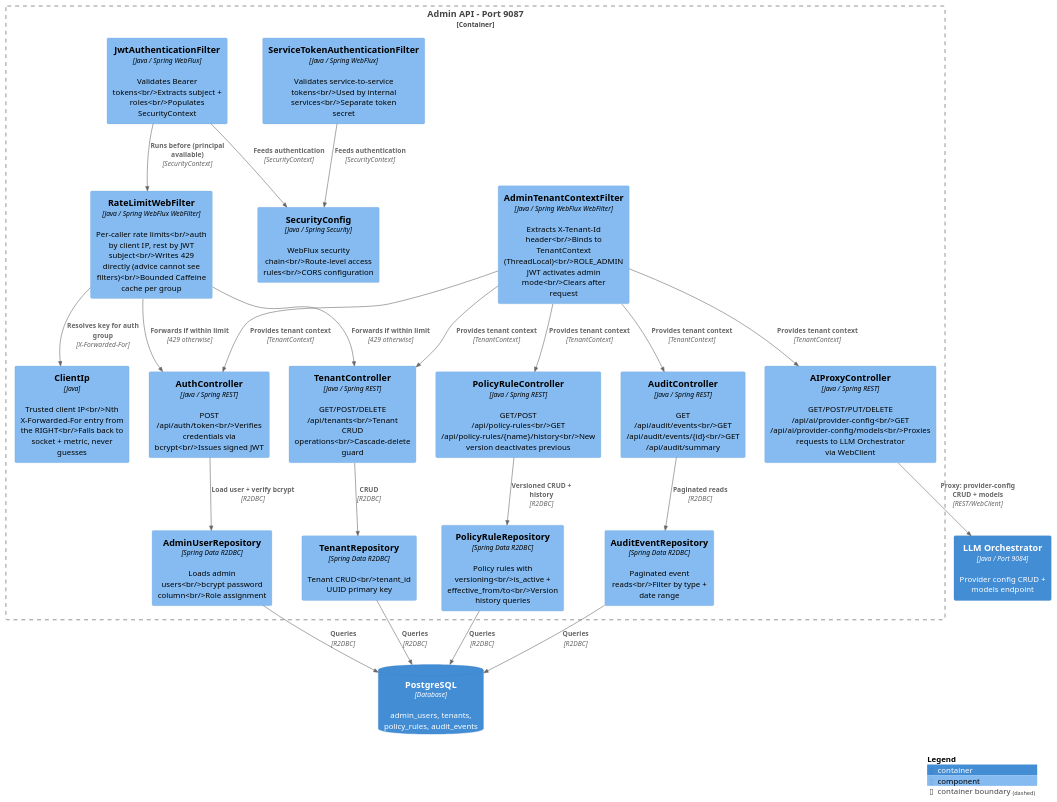
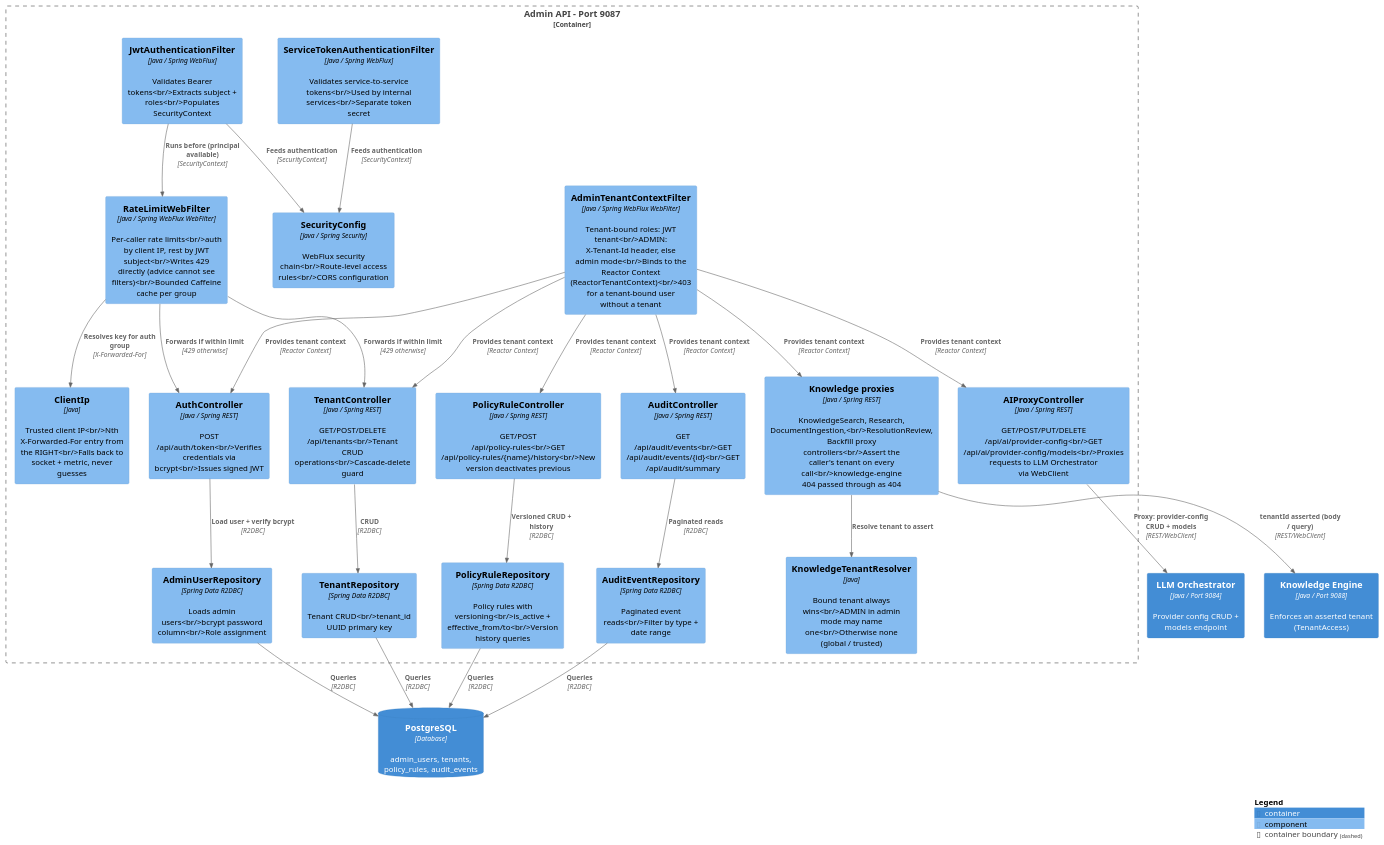
One commit to theyellow/ecip changed the diagram in documentation/diagrams/c3-admin-api.puml. Above: the diagram before and after it, drawn with PlantUML. The commit also changed 7 other files, not shown here.

```diff
--- a/documentation/diagrams/c3-admin-api.puml
+++ b/documentation/diagrams/c3-admin-api.puml
@@ -1,75 +1,84 @@
 @startuml C3_Admin_API
 !include https://raw.githubusercontent.com/plantuml-stdlib/C4-PlantUML/master/C4_Component.puml
 
 ' Purpose: Component-level view of Admin API — auth, tenant, policy rule, audit controllers
 ' Used in: architecture-guide.adoc - Component Details section
 
 LAYOUT_WITH_LEGEND()
 
 Container_Boundary(admin_api, "Admin API - Port 9087") {
 
     ' Security Layer
     Component(jwt_filter, "JwtAuthenticationFilter", "Java / Spring WebFlux", "Validates Bearer tokens<br/>Extracts subject + roles<br/>Populates SecurityContext")
 
     Component(svc_token_filter, "ServiceTokenAuthenticationFilter", "Java / Spring WebFlux", "Validates service-to-service tokens<br/>Used by internal services<br/>Separate token secret")
 
     Component(security_config, "SecurityConfig", "Java / Spring Security", "WebFlux security chain<br/>Route-level access rules<br/>CORS configuration")
 
-    Component(tenant_filter, "AdminTenantContextFilter", "Java / Spring WebFlux WebFilter", "Extracts X-Tenant-Id header<br/>Binds to TenantContext (ThreadLocal)<br/>ROLE_ADMIN JWT activates admin mode<br/>Clears after request")
+    Component(tenant_filter, "AdminTenantContextFilter", "Java / Spring WebFlux WebFilter", "Tenant-bound roles: JWT tenant<br/>ADMIN: X-Tenant-Id header, else admin mode<br/>Binds to the Reactor Context (ReactorTenantContext)<br/>403 for a tenant-bound user without a tenant")
 
     Component(rate_limit_filter, "RateLimitWebFilter", "Java / Spring WebFlux WebFilter", "Per-caller rate limits<br/>auth by client IP, rest by JWT subject<br/>Writes 429 directly (advice cannot see filters)<br/>Bounded Caffeine cache per group")
 
     Component(client_ip, "ClientIp", "Java", "Trusted client IP<br/>Nth X-Forwarded-For entry from the RIGHT<br/>Falls back to socket + metric, never guesses")
 
     ' Controllers
     Component(auth_ctrl, "AuthController", "Java / Spring REST", "POST /api/auth/token<br/>Verifies credentials via bcrypt<br/>Issues signed JWT")
 
     Component(tenant_ctrl, "TenantController", "Java / Spring REST", "GET/POST/DELETE /api/tenants<br/>Tenant CRUD operations<br/>Cascade-delete guard")
 
     Component(policy_ctrl, "PolicyRuleController", "Java / Spring REST", "GET/POST /api/policy-rules<br/>GET /api/policy-rules/{name}/history<br/>New version deactivates previous")
 
     Component(audit_ctrl, "AuditController", "Java / Spring REST", "GET /api/audit/events<br/>GET /api/audit/events/{id}<br/>GET /api/audit/summary")
 
     Component(ai_proxy_ctrl, "AIProxyController", "Java / Spring REST", "GET/POST/PUT/DELETE /api/ai/provider-config<br/>GET /api/ai/provider-config/models<br/>Proxies requests to LLM Orchestrator via WebClient")
 
+    ' Knowledge proxies (KNOW-F1 / ADR-009)
+    Component(knowledge_proxies, "Knowledge proxies", "Java / Spring REST", "KnowledgeSearch, Research, DocumentIngestion,<br/>ResolutionReview, Backfill proxy controllers<br/>Assert the caller's tenant on every call<br/>knowledge-engine 404 passed through as 404")
+
+    Component(tenant_resolver, "KnowledgeTenantResolver", "Java", "Bound tenant always wins<br/>ADMIN in admin mode may name one<br/>Otherwise none (global / trusted)")
+
     ' Repositories (R2DBC)
     Component(admin_user_repo, "AdminUserRepository", "Spring Data R2DBC", "Loads admin users<br/>bcrypt password column<br/>Role assignment")
 
     Component(tenant_repo, "TenantRepository", "Spring Data R2DBC", "Tenant CRUD<br/>tenant_id UUID primary key")
 
     Component(policy_repo, "PolicyRuleRepository", "Spring Data R2DBC", "Policy rules with versioning<br/>is_active + effective_from/to<br/>Version history queries")
 
     Component(audit_repo, "AuditEventRepository", "Spring Data R2DBC", "Paginated event reads<br/>Filter by type + date range")
 }
 
 ContainerDb(postgres, "PostgreSQL", "Database", "admin_users, tenants, policy_rules, audit_events")
 Container(llm_orchestrator, "LLM Orchestrator", "Java / Port 9084", "Provider config CRUD + models endpoint")
+Container(knowledge_engine, "Knowledge Engine", "Java / Port 9088", "Enforces an asserted tenant (TenantAccess)")
 
 ' Request path
 Rel(jwt_filter, security_config, "Feeds authentication", "SecurityContext")
 Rel(svc_token_filter, security_config, "Feeds authentication", "SecurityContext")
 Rel(jwt_filter, rate_limit_filter, "Runs before (principal available)", "SecurityContext")
 Rel(rate_limit_filter, client_ip, "Resolves key for auth group", "X-Forwarded-For")
 Rel(rate_limit_filter, auth_ctrl, "Forwards if within limit", "429 otherwise")
 Rel(rate_limit_filter, tenant_ctrl, "Forwards if within limit", "429 otherwise")
 
-Rel(tenant_filter, auth_ctrl, "Provides tenant context", "TenantContext")
-Rel(tenant_filter, tenant_ctrl, "Provides tenant context", "TenantContext")
-Rel(tenant_filter, policy_ctrl, "Provides tenant context", "TenantContext")
-Rel(tenant_filter, audit_ctrl, "Provides tenant context", "TenantContext")
+Rel(tenant_filter, auth_ctrl, "Provides tenant context", "Reactor Context")
+Rel(tenant_filter, tenant_ctrl, "Provides tenant context", "Reactor Context")
+Rel(tenant_filter, policy_ctrl, "Provides tenant context", "Reactor Context")
+Rel(tenant_filter, audit_ctrl, "Provides tenant context", "Reactor Context")
+Rel(tenant_filter, knowledge_proxies, "Provides tenant context", "Reactor Context")
+Rel(knowledge_proxies, tenant_resolver, "Resolve tenant to assert")
+Rel(knowledge_proxies, knowledge_engine, "tenantId asserted (body / query)", "REST/WebClient")
 
 Rel(auth_ctrl, admin_user_repo, "Load user + verify bcrypt", "R2DBC")
 Rel(tenant_ctrl, tenant_repo, "CRUD", "R2DBC")
 Rel(policy_ctrl, policy_repo, "Versioned CRUD + history", "R2DBC")
 Rel(audit_ctrl, audit_repo, "Paginated reads", "R2DBC")
 
 Rel(admin_user_repo, postgres, "Queries", "R2DBC")
 Rel(tenant_repo, postgres, "Queries", "R2DBC")
 Rel(policy_repo, postgres, "Queries", "R2DBC")
 Rel(audit_repo, postgres, "Queries", "R2DBC")
 
-Rel(tenant_filter, ai_proxy_ctrl, "Provides tenant context", "TenantContext")
+Rel(tenant_filter, ai_proxy_ctrl, "Provides tenant context", "Reactor Context")
 Rel(ai_proxy_ctrl, llm_orchestrator, "Proxy: provider-config CRUD + models", "REST/WebClient")
 
 SHOW_LEGEND()
 @enduml
```
